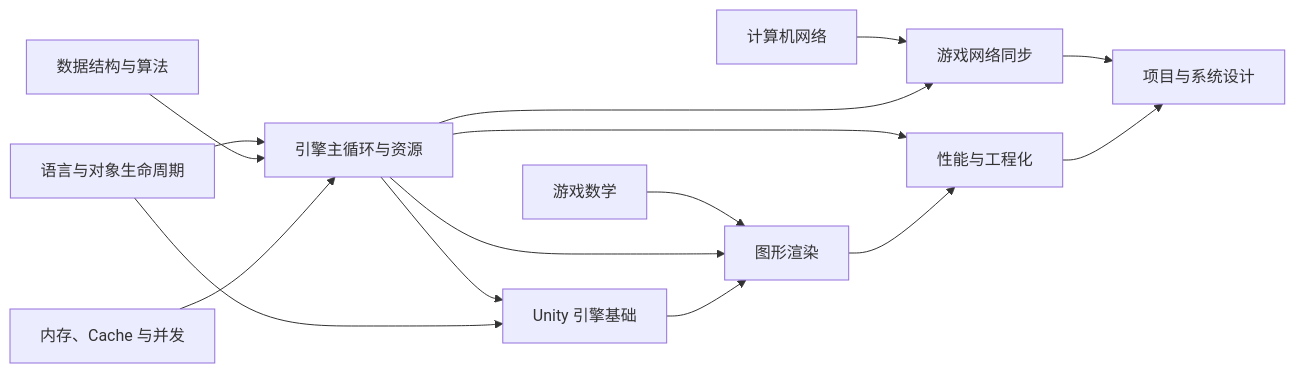
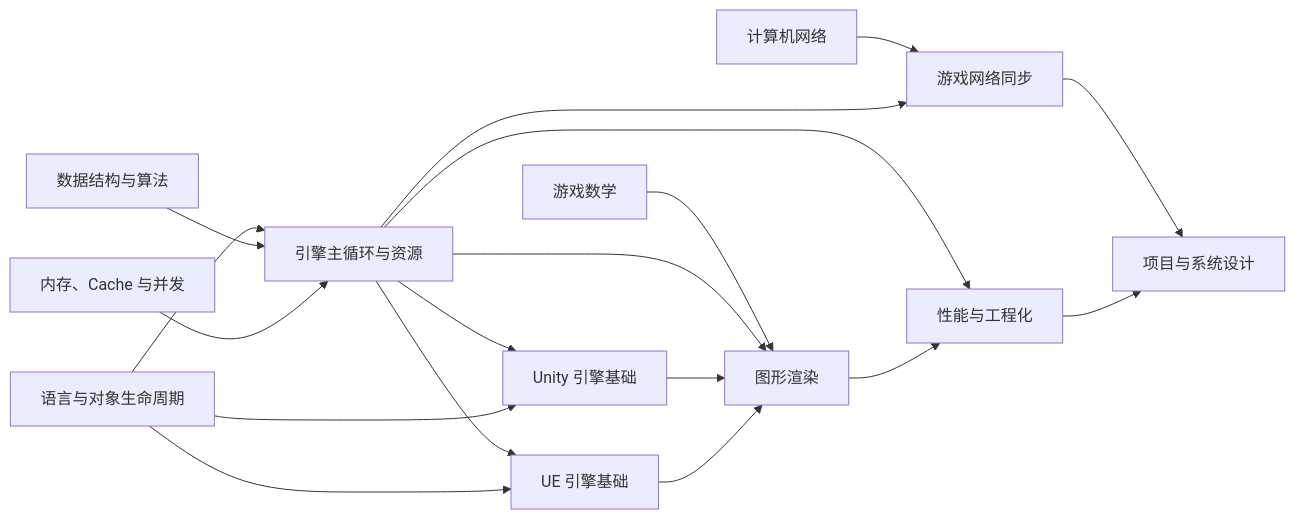
One commit to Game-Client-Knowledge/Game-Client-Knowledge changed the diagram in knowledge/interview-roadmap/01-knowledge-map.md. Above: the diagram before and after it, drawn with Mermaid. The commit also changed other lines of this file and 13 other files, not shown here.

````diff
--- a/knowledge/interview-roadmap/01-knowledge-map.md
+++ b/knowledge/interview-roadmap/01-knowledge-map.md
@@ -45,17 +45,20 @@
 ```mermaid
 flowchart LR
     Language[语言与对象生命周期] --> Engine[引擎主循环与资源]
     DS[数据结构与算法] --> Engine
     OS[内存、Cache 与并发] --> Engine
     Math[游戏数学] --> Rendering[图形渲染]
     Engine --> Rendering
     Engine --> Unity[Unity 引擎基础]
     Language --> Unity
     Unity --> Rendering
+    Engine --> UE[UE 引擎基础]
+    Language --> UE
+    UE --> Rendering
     Network[计算机网络] --> Sync[游戏网络同步]
     Engine --> Sync
     Engine --> Performance[性能与工程化]
     Rendering --> Performance
     Sync --> Design[项目与系统设计]
     Performance --> Design
 ```
````
